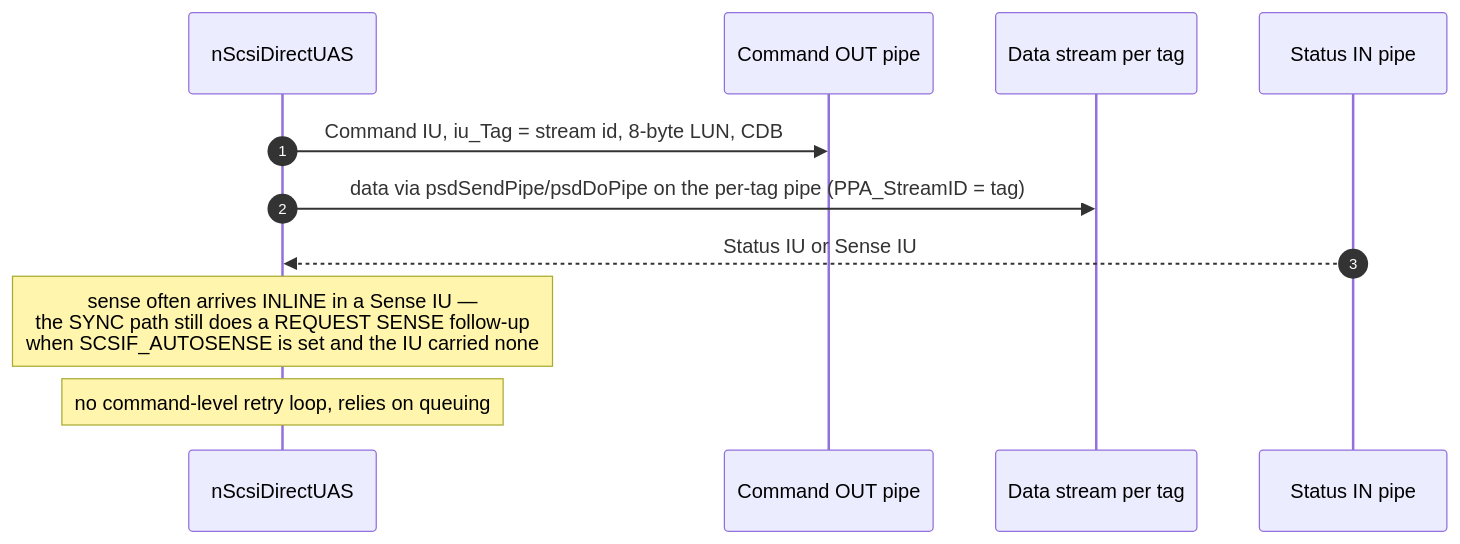
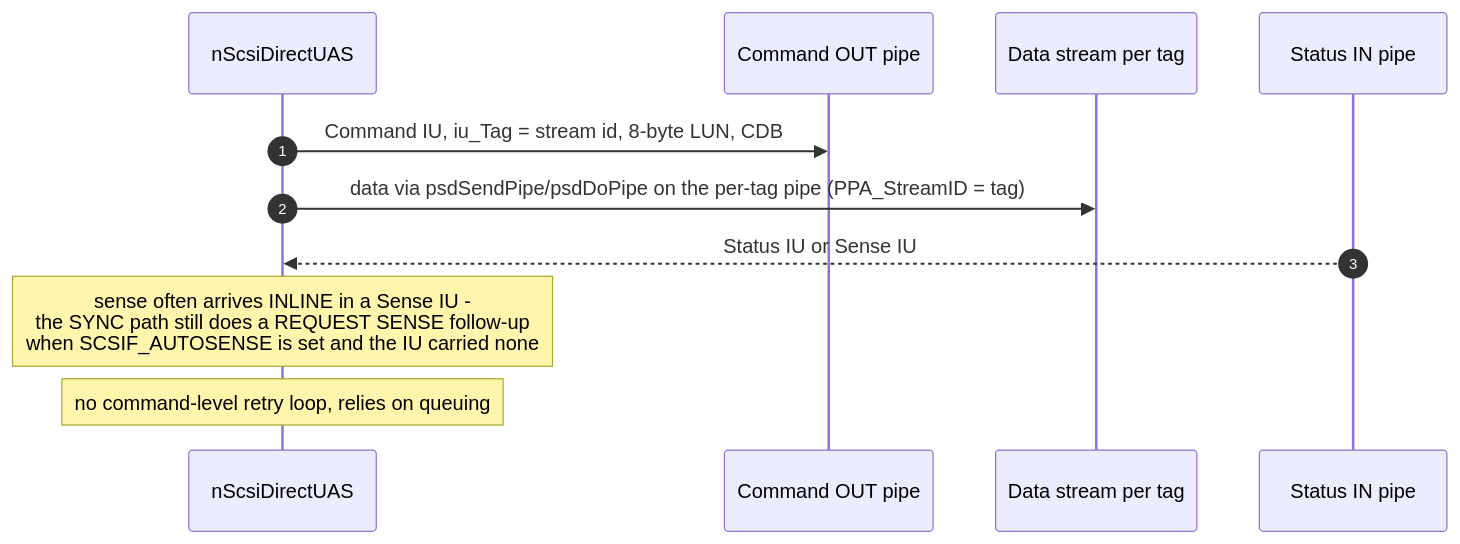
Before and after one commit to rondoval/poseidon-backport: the eighth of 12 diagrams in docs/massstorage.class-architecture.md, drawn with Mermaid. The commit also changed other lines of this file and 108 other files, not shown here.

````diff
--- a/docs/massstorage.class-architecture.md
+++ b/docs/massstorage.class-architecture.md
@@ -488,14 +488,14 @@
 ```mermaid
 sequenceDiagram
     autonumber
     participant H as nScsiDirectUAS
     participant CMD as Command OUT pipe
     participant DATA as Data stream per tag
     participant ST as Status IN pipe
 
     H->>CMD: Command IU, iu_Tag = stream id, 8-byte LUN, CDB
     H->>DATA: data via psdSendPipe/psdDoPipe on the per-tag pipe (PPA_StreamID = tag)
     ST-->>H: Status IU or Sense IU
-    note over H: sense often arrives INLINE in a Sense IU —<br/>the SYNC path still does a REQUEST SENSE follow-up<br/>when SCSIF_AUTOSENSE is set and the IU carried none
+    note over H: sense often arrives INLINE in a Sense IU -<br/>the SYNC path still does a REQUEST SENSE follow-up<br/>when SCSIF_AUTOSENSE is set and the IU carried none
     note over H: no command-level retry loop, relies on queuing
 ```
````
